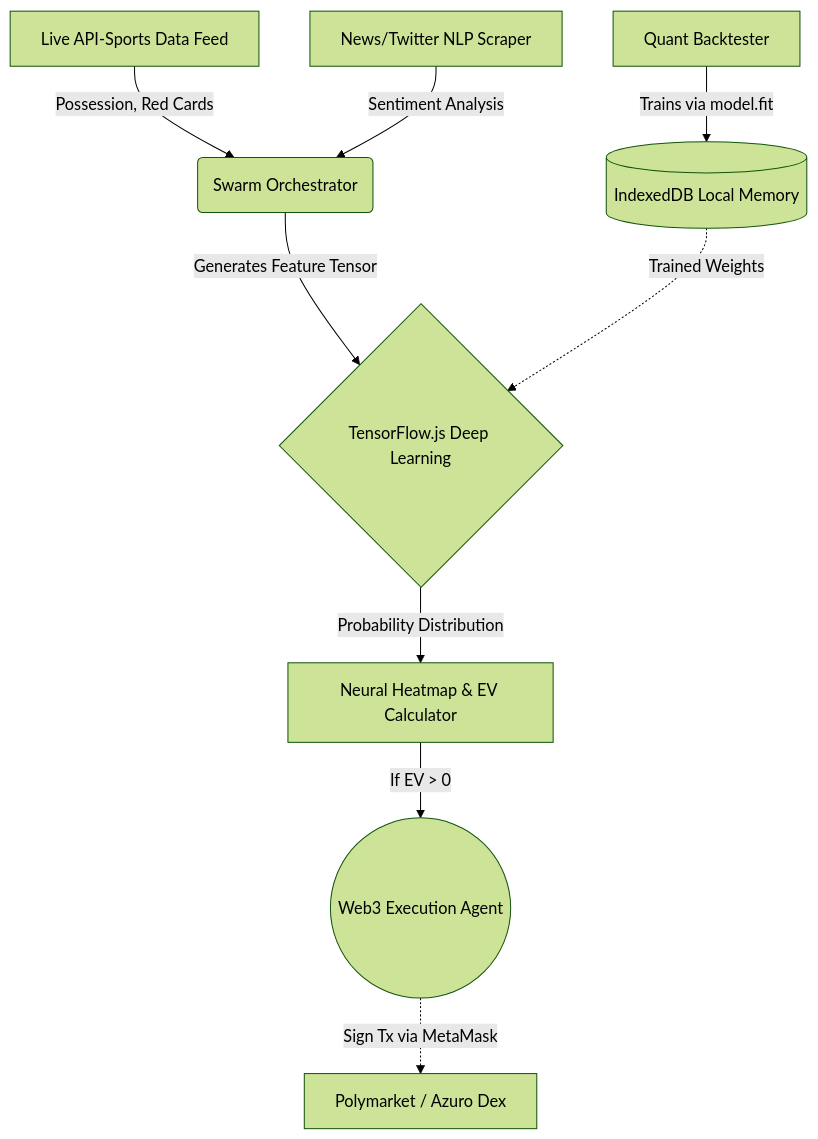
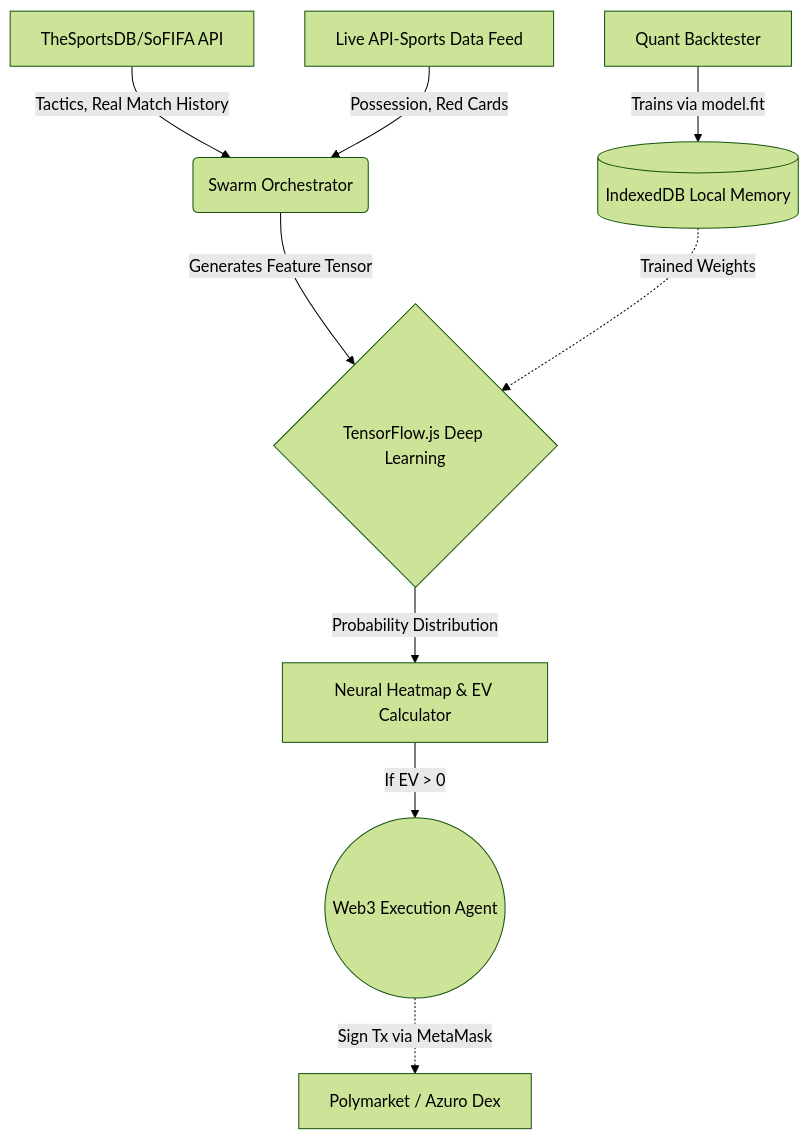
The diagram in README.md (JesunAhmadUshno/BigFish), drawn with Mermaid (forest theme) before and after one commit. The commit also changed other lines of this file and 8 other files, not shown here.

Commit message:
feat: V14.0 God-Mode Data Engine, SoFIFA, and 3D Match Tracker

````diff
--- a/README.md
+++ b/README.md
@@ -20,12 +20,12 @@
 ```mermaid
 graph TD
-    A[Live API-Sports Data Feed] -->|Possession, Red Cards| B(Swarm Orchestrator)
-    C[News/Twitter NLP Scraper] -->|Sentiment Analysis| B
+    A[TheSportsDB/SoFIFA API] -->|Tactics, Real Match History| B(Swarm Orchestrator)
+    C[Live API-Sports Data Feed] -->|Possession, Red Cards| B
     B -->|Generates Feature Tensor| D{TensorFlow.js Deep Learning}
     D -->|Probability Distribution| E[Neural Heatmap & EV Calculator]
     E -->|If EV > 0| F((Web3 Execution Agent))
     F -.->|Sign Tx via MetaMask| G[Polymarket / Azuro Dex]
     
     H[(IndexedDB Local Memory)] -.->|Trained Weights| D
     I[Quant Backtester] -->|Trains via model.fit| H
 ```
````
